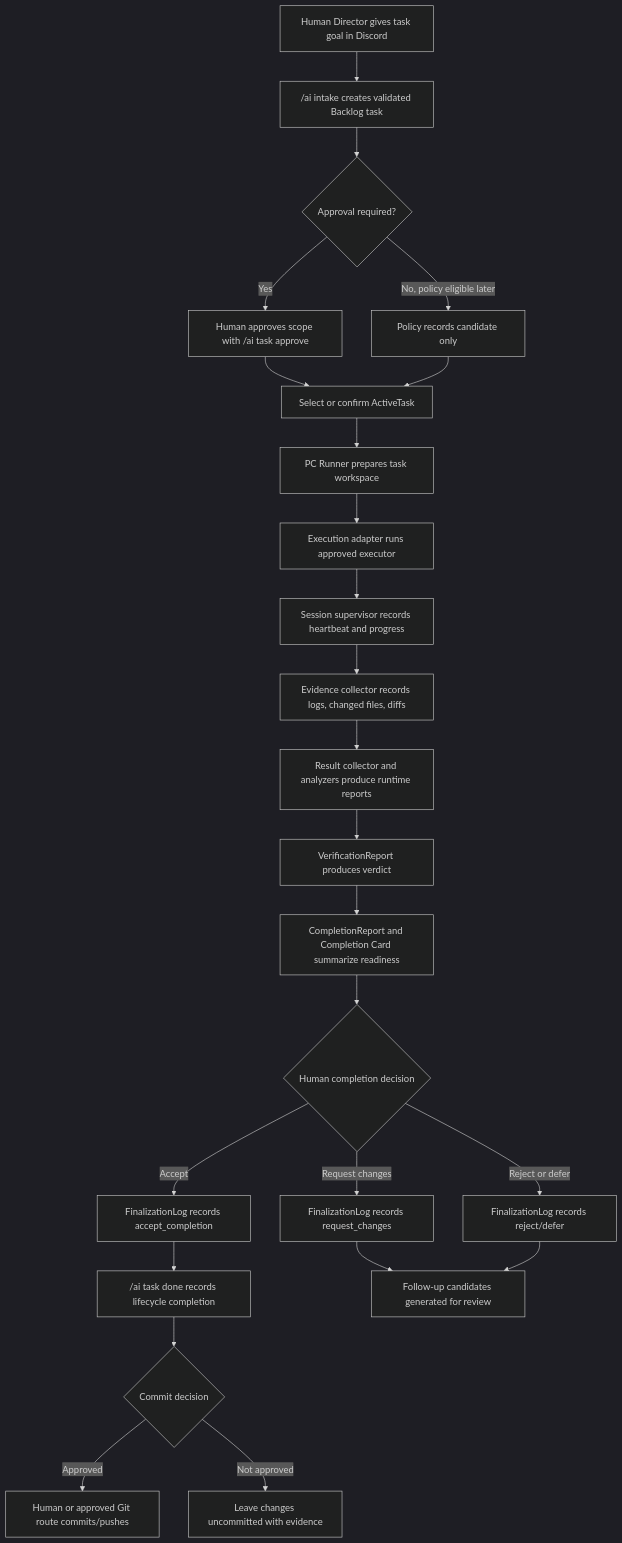
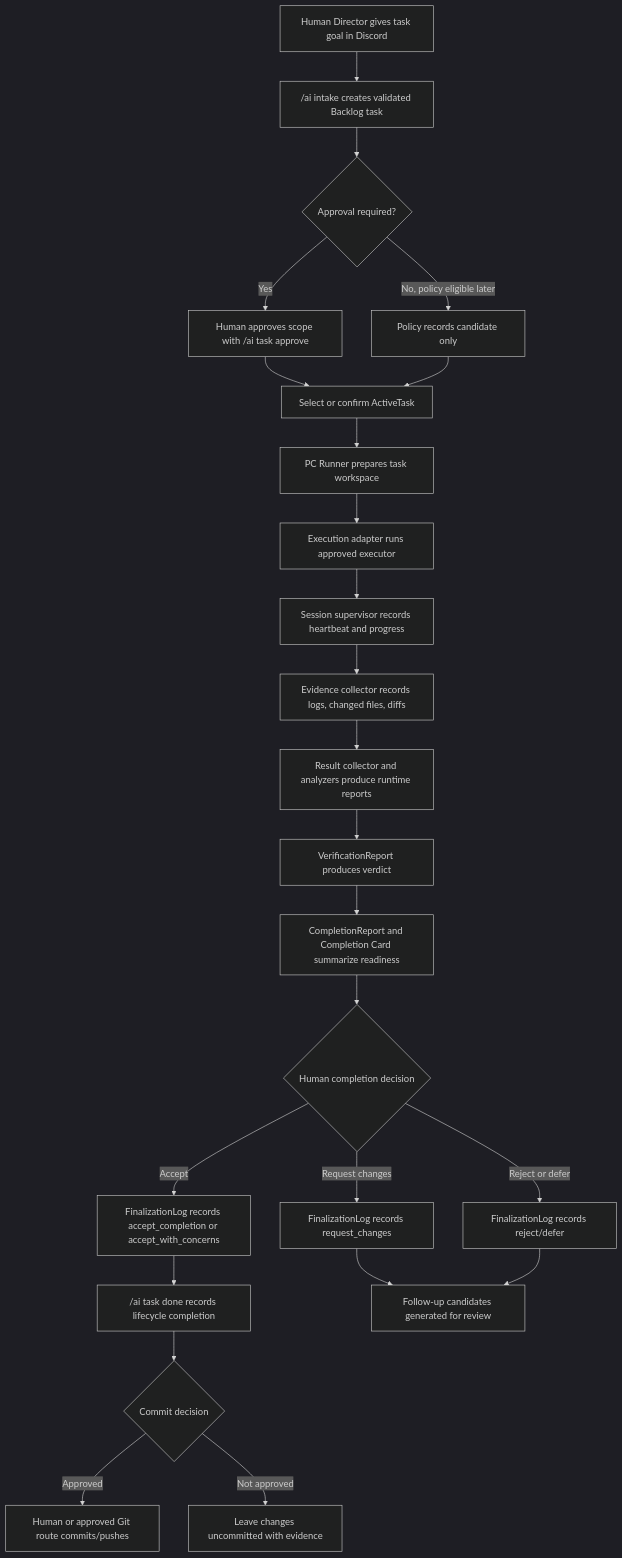
Before and after one commit to cv-918/play-ground: the diagram in _Docs/AIWorkflow/FinalBlueprint/WF_End_To_End_Workflow_Technical_Spec.md, drawn with Mermaid (dark theme). The commit also changed other lines of this file and 28 other files, not shown here.

````diff
--- a/_Docs/AIWorkflow/FinalBlueprint/WF_End_To_End_Workflow_Technical_Spec.md
+++ b/_Docs/AIWorkflow/FinalBlueprint/WF_End_To_End_Workflow_Technical_Spec.md
@@ -64,26 +64,26 @@
 ```mermaid
 flowchart TD
   A["Human Director gives task goal in Discord"] --> B["/ai intake creates validated Backlog task"]
   B --> C{"Approval required?"}
   C -->|Yes| D["Human approves scope with /ai task approve"]
   C -->|No, policy eligible later| E["Policy records candidate only"]
   D --> F["Select or confirm ActiveTask"]
   E --> F
   F --> G["PC Runner prepares task workspace"]
   G --> H["Execution adapter runs approved executor"]
   H --> I["Session supervisor records heartbeat and progress"]
   I --> J["Evidence collector records logs, changed files, diffs"]
   J --> K["Result collector and analyzers produce runtime reports"]
   K --> L["VerificationReport produces verdict"]
   L --> M["CompletionReport and Completion Card summarize readiness"]
   M --> N{"Human completion decision"}
-  N -->|Accept| O["FinalizationLog records accept_completion"]
+  N -->|Accept| O["FinalizationLog records accept_completion or accept_with_concerns"]
   N -->|Request changes| P["FinalizationLog records request_changes"]
   N -->|Reject or defer| Q["FinalizationLog records reject/defer"]
   O --> R["/ai task done records lifecycle completion"]
   P --> S["Follow-up candidates generated for review"]
   Q --> S
   R --> T{"Commit decision"}
   T -->|Approved| U["Human or approved Git route commits/pushes"]
   T -->|Not approved| V["Leave changes uncommitted with evidence"]
 ```
````
